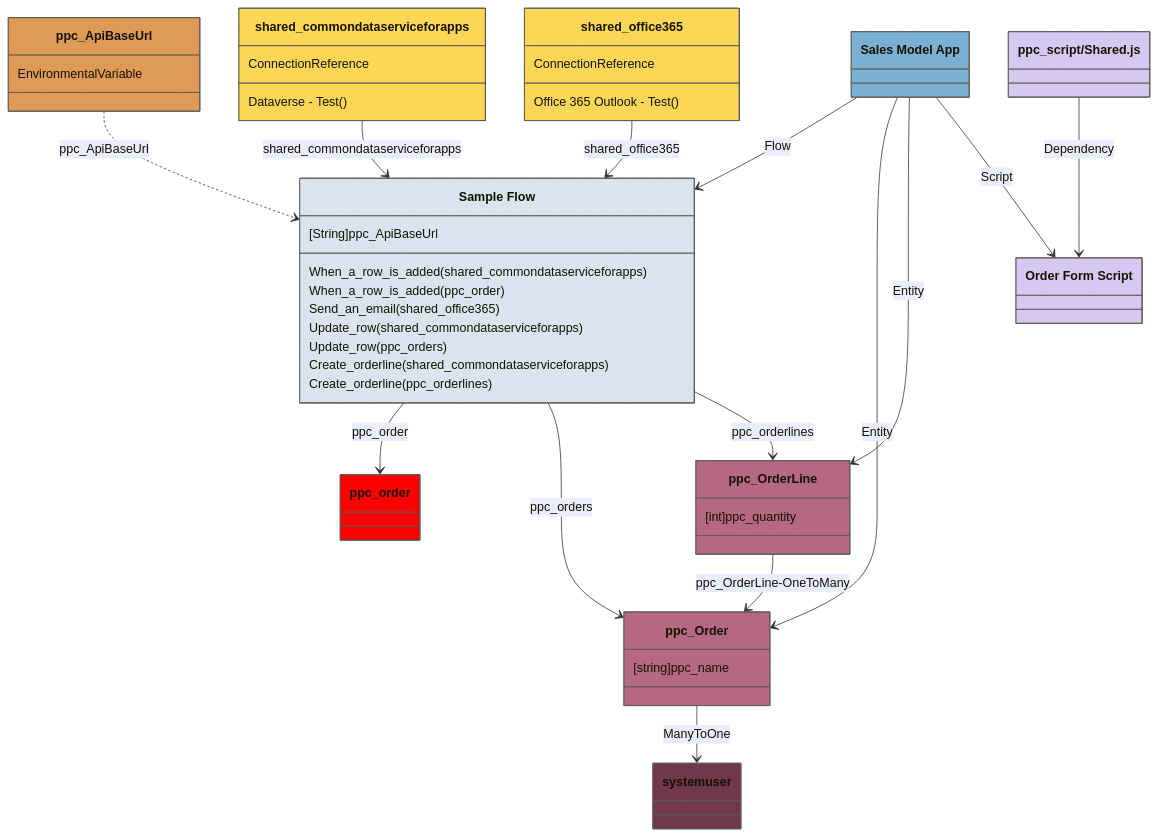
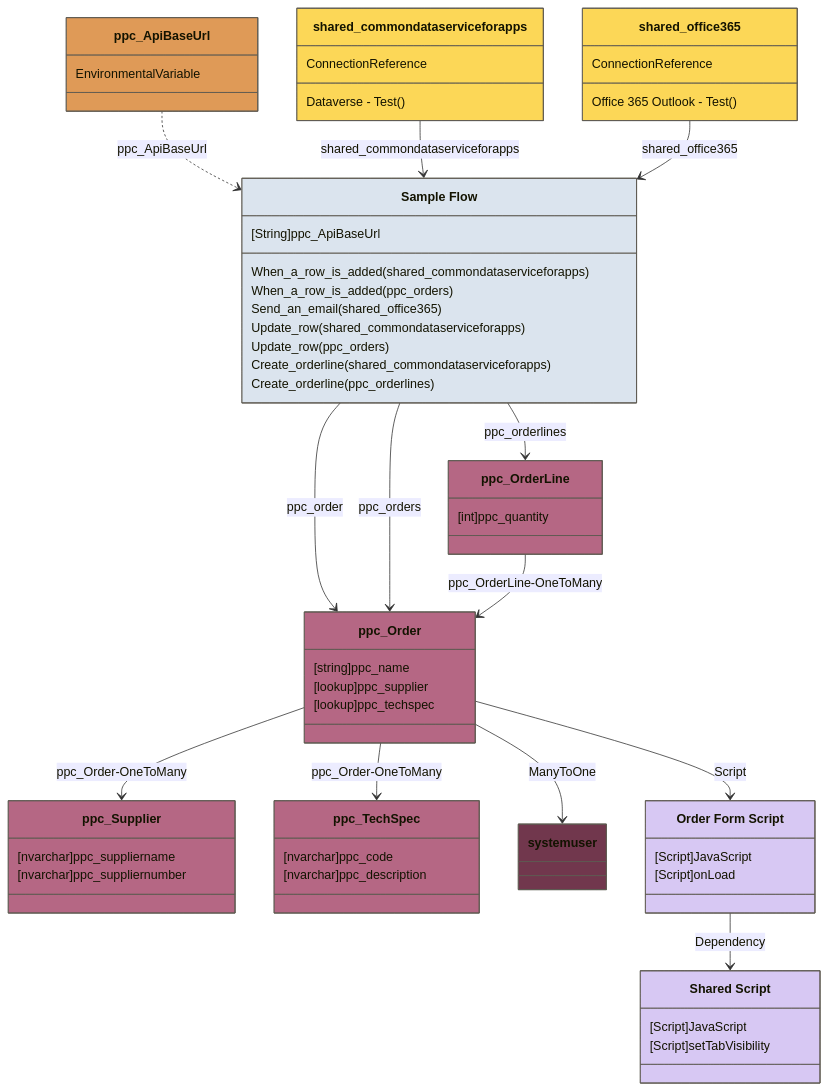
One commit to autosysops/PowerShell_PowerPlatformChecker changed the diagram in tests/fixtures/expected/ArchitectureDiagram.Flow.TB.expected.md. Above: the diagram before and after it, drawn with Mermaid. The commit also changed 90 other files, not shown here.

Commit message:
Added better tests with more edge cases, added more information about web resources, made sure the dependencies are correctly done, refactored the architecture diagram it can now output in multiple formats.

```diff
--- a/tests/fixtures/expected/ArchitectureDiagram.Flow.TB.expected.md
+++ b/tests/fixtures/expected/ArchitectureDiagram.Flow.TB.expected.md
@@ -1,57 +1,71 @@
 :::mermaid
 classDiagram
 direction TB
 class flow11111111-1111-1111-1111-111111111111["Sample Flow"]:::Flow {
     [String]ppc_ApiBaseUrl
     When_a_row_is_added(shared_commondataserviceforapps)
-    When_a_row_is_added(ppc_order)
+    When_a_row_is_added(ppc_orders)
     Send_an_email(shared_office365)
     Update_row(shared_commondataserviceforapps)
     Update_row(ppc_orders)
     Create_orderline(shared_commondataserviceforapps)
     Create_orderline(ppc_orderlines)
 }
 class ppc_ApiBaseUrl:::EnvVar {
   EnvironmentalVariable
 }
 class shared_commondataserviceforapps:::Connection {
   ConnectionReference
   Dataverse - Test()
 }
 class shared_office365:::Connection {
   ConnectionReference
   Office 365 Outlook - Test()
 }
 class ppc_orders["ppc_Order"]:::Entity {
     [string]ppc_name
+    [lookup]ppc_supplier
+    [lookup]ppc_techspec
 }
 class ppc_orderlines["ppc_OrderLine"]:::Entity {
     [int]ppc_quantity
 }
+class ppc_suppliers["ppc_Supplier"]:::Entity {
+    [nvarchar]ppc_suppliername
+    [nvarchar]ppc_suppliernumber
+}
+class ppc_techspecs["ppc_TechSpec"]:::Entity {
+    [nvarchar]ppc_code
+    [nvarchar]ppc_description
+}
 class systemuser:::DefaultEntity
-class ppc_ModelApp["Sales Model App"]:::ModelDrivenApp
-class ppc_script_OrderForm_js["Order Form Script"]:::WebResource
-class ppc_script_Shared_js["ppc_script/Shared.js"]:::WebResource
+class ppc_script_OrderForm_js["Order Form Script"]:::WebResource {
+  [Script]JavaScript
+  [Script]onLoad
+}
+class ppc_script_Shared_js["Shared Script"]:::WebResource {
+  [Script]JavaScript
+  [Script]setTabVisibility
+}
 ppc_ApiBaseUrl ..> flow11111111-1111-1111-1111-111111111111:ppc_ApiBaseUrl
 shared_commondataserviceforapps --> flow11111111-1111-1111-1111-111111111111:shared_commondataserviceforapps
-flow11111111-1111-1111-1111-111111111111 --> ppc_order:ppc_order
+flow11111111-1111-1111-1111-111111111111 --> ppc_orders:ppc_order
 shared_office365 --> flow11111111-1111-1111-1111-111111111111:shared_office365
 flow11111111-1111-1111-1111-111111111111 --> ppc_orders:ppc_orders
 flow11111111-1111-1111-1111-111111111111 --> ppc_orderlines:ppc_orderlines
+ppc_orders --> systemuser:ManyToOne
+ppc_orders --> ppc_suppliers:ppc_Order-OneToMany
+ppc_orders --> ppc_techspecs:ppc_Order-OneToMany
+ppc_orders --> ppc_script_OrderForm_js:Script
 ppc_orderlines --> ppc_orders:ppc_OrderLine-OneToMany
-ppc_orders --> systemuser:ManyToOne
-ppc_ModelApp --> flow11111111-1111-1111-1111-111111111111:Flow
-ppc_ModelApp --> ppc_orders:Entity
-ppc_ModelApp --> ppc_orderlines:Entity
-ppc_ModelApp --> ppc_script_OrderForm_js:Script
-ppc_script_Shared_js --> ppc_script_OrderForm_js:Dependency
+ppc_script_OrderForm_js --> ppc_script_Shared_js:Dependency
 classDef default fill:red,stroke:#5E5B52
 classDef EnvVar fill:#DF9A57,stroke:#5E5B52
 classDef Connection fill:#FCD757,stroke:#5E5B52
 classDef Entity fill:#B56784,stroke:#5E5B52
 classDef DefaultEntity fill:#71374D,stroke:#5E5B52
 classDef Flow fill:#DBE4EE,stroke:#5E5B52
 classDef CanvasApp fill:#8BC34A,stroke:#5E5B52
 classDef ModelDrivenApp fill:#7BAFD4,stroke:#5E5B52
 classDef WebResource fill:#D7C8F3,stroke:#5E5B52
 :::
```
